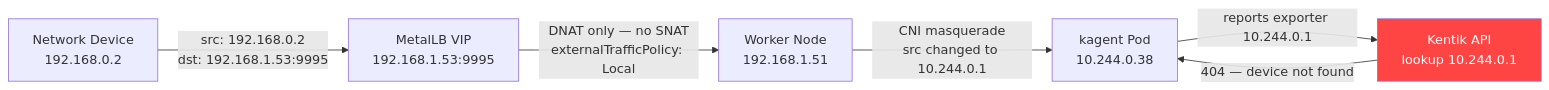
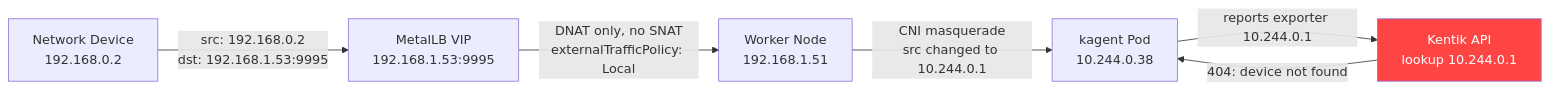
Before and after one commit to alexdearaujo/kagent-k8s-deployment: the fourth of 5 diagrams in README.md, drawn with Mermaid. The commit also changed other lines of this file and 1 other file, not shown here.

````diff
--- a/README.md
+++ b/README.md
@@ -483,16 +550,16 @@
 ```mermaid
 flowchart LR
     D["Network Device\n192.168.0.2"]
     VIP["MetalLB VIP\n192.168.1.53:9995"]
     N["Worker Node\n192.168.1.51"]
     P["kagent Pod\n10.244.0.38"]
     K["Kentik API\nlookup 10.244.0.1"]
 
     D -->|"src: 192.168.0.2\ndst: 192.168.1.53:9995"| VIP
-    VIP -->|"DNAT only — no SNAT\nexternalTrafficPolicy: Local"| N
+    VIP -->|"DNAT only, no SNAT\nexternalTrafficPolicy: Local"| N
     N -->|"CNI masquerade\nsrc changed to 10.244.0.1"| P
     P -->|"reports exporter 10.244.0.1"| K
-    K -->|"404 — device not found"| P
+    K -->|"404: device not found"| P
 
     style K fill:#f44,color:#fff
 ```
````
